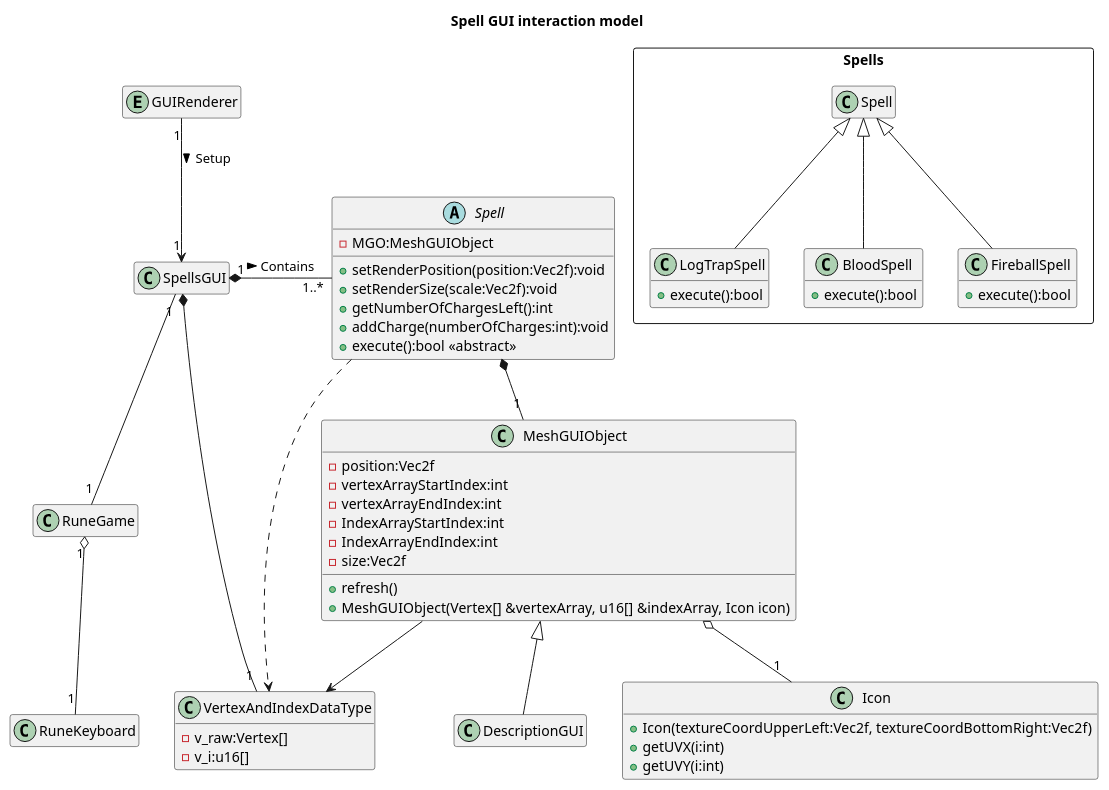
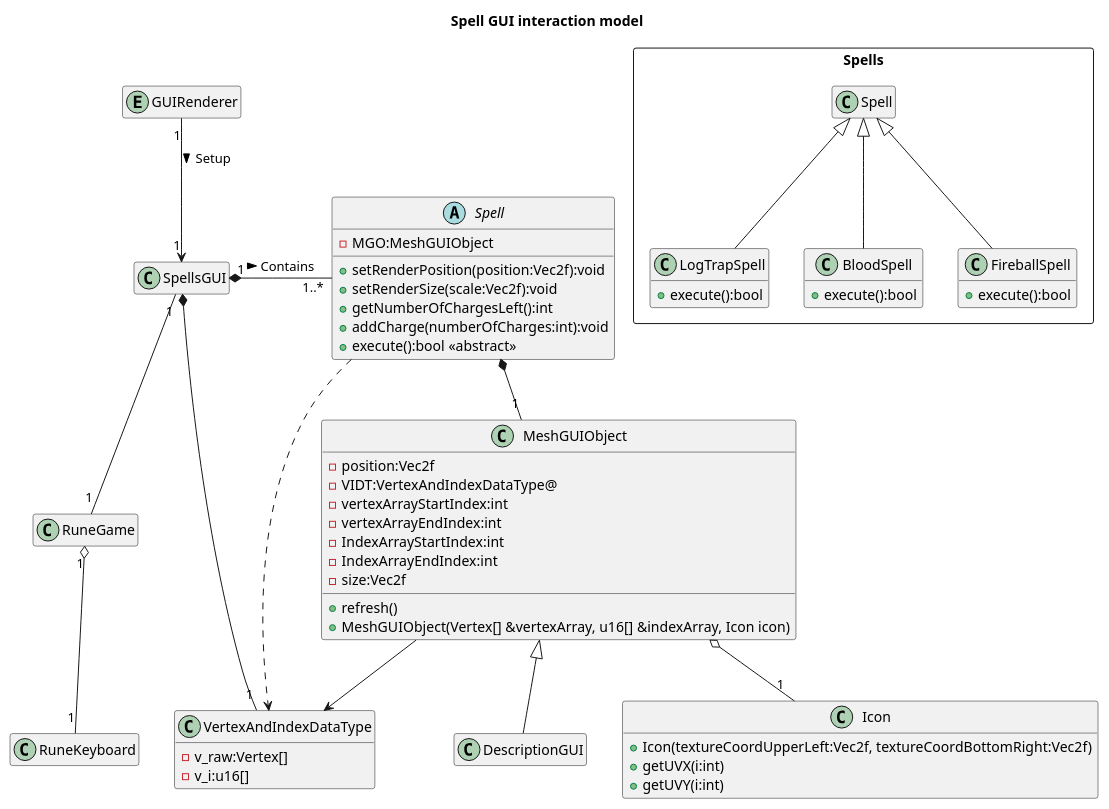
One commit to Kuift/The_Guiftmo_Project changed the diagram in docs/conception.puml. Above: the diagram before and after it, drawn with PlantUML. The commit also changed 2 other files, not shown here.

```diff
--- a/docs/conception.puml
+++ b/docs/conception.puml
@@ -1,71 +1,72 @@
 @startuml Conception
 
 skinparam defaultfontname Verdana
 title Spell GUI interaction model
 
 hide empty members
 abstract Spell
 {
     - MGO:MeshGUIObject
     + setRenderPosition(position:Vec2f):void
     + setRenderSize(scale:Vec2f):void
     + getNumberOfChargesLeft():int
     + addCharge(numberOfCharges:int):void
     + execute():bool <<abstract>>
 }
 class MeshGUIObject
 {
   - position:Vec2f
+  - VIDT:VertexAndIndexDataType@
   - vertexArrayStartIndex:int
   - vertexArrayEndIndex:int
   - IndexArrayStartIndex:int
   - IndexArrayEndIndex:int
   - size:Vec2f
   + refresh()
   + MeshGUIObject(Vertex[] &vertexArray, u16[] &indexArray, Icon icon)
 }
 class DescriptionGUI extends MeshGUIObject
 {
 
 }
 
 class Icon
 {
   + Icon(textureCoordUpperLeft:Vec2f, textureCoordBottomRight:Vec2f)
   + getUVX(i:int)
   + getUVY(i:int)
 }
 package Spells <<Rectangle>> 
 {
 class LogTrapSpell extends Spell
 {
   + execute():bool
 }
 class BloodSpell extends Spell
 {
   + execute():bool
 }
 class FireballSpell extends Spell
 {
   + execute():bool
 }
 }
 class VertexAndIndexDataType
 {
   - v_raw:Vertex[]
   - v_i:u16[]
 }
 class SpellsGUI
 Entity GUIRenderer
 class RuneGame
 class RuneKeyboard
 GUIRenderer "1"--> "1" SpellsGUI : Setup >
 SpellsGUI "1" *- "1..*" Spell : Contains >
 SpellsGUI "1" -- "1"  RuneGame
 RuneGame "1" o-- "1" RuneKeyboard
 Spell *-- "1" MeshGUIObject
 MeshGUIObject o-- "1" Icon
 SpellsGUI *-- "1" VertexAndIndexDataType
 Spell ..> VertexAndIndexDataType
 MeshGUIObject --> VertexAndIndexDataType
 @enduml
```
